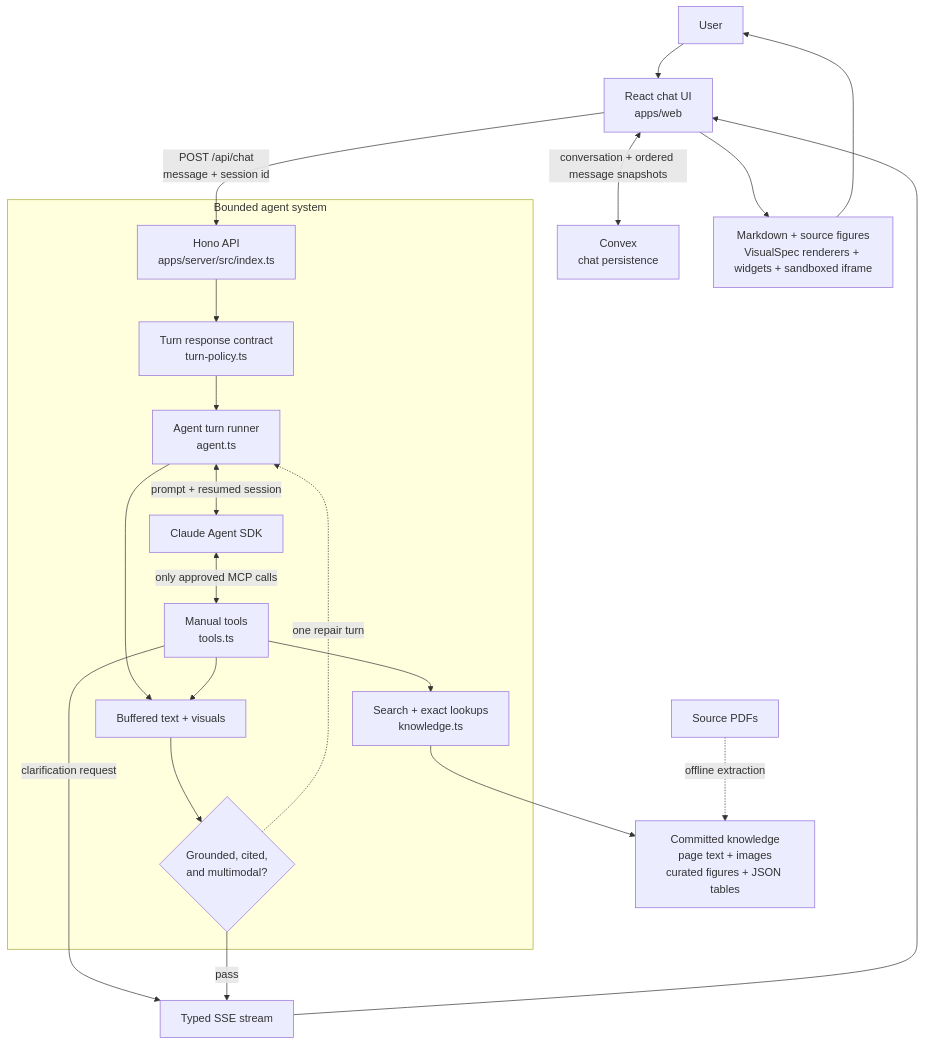
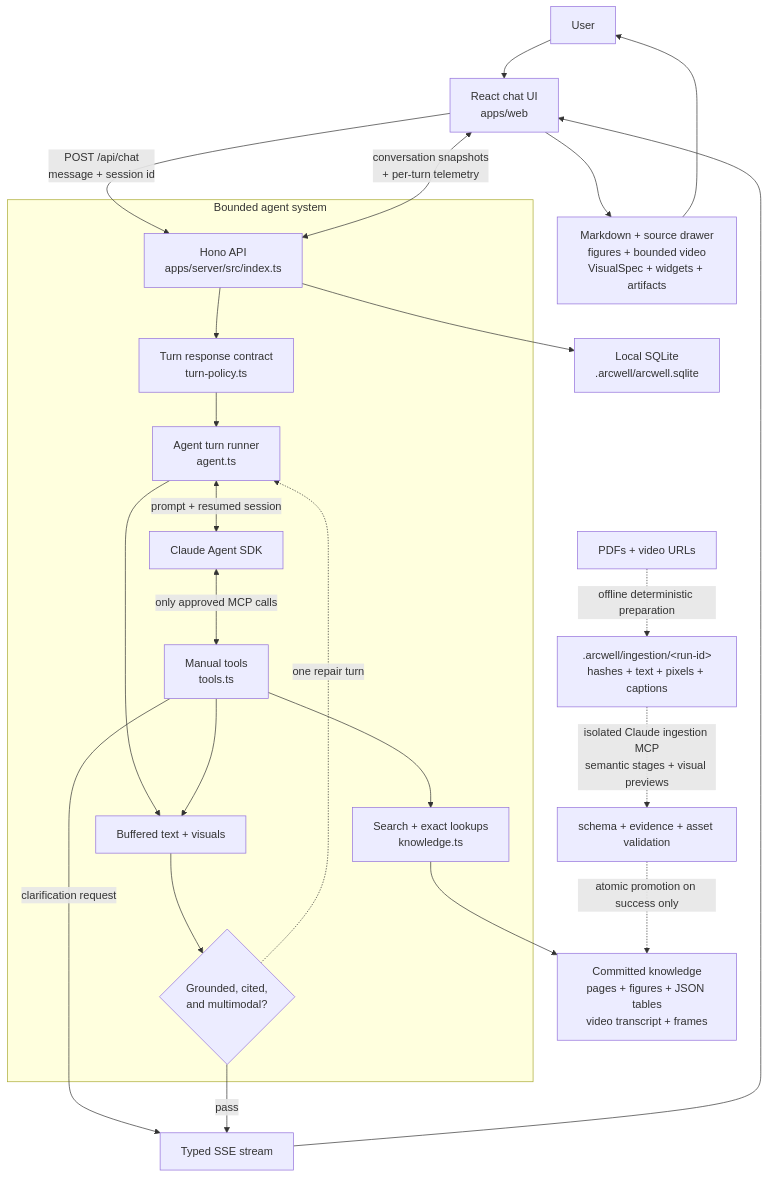
Before and after one commit to tom-byrn/prox-challenge: the diagram in README.md, drawn with Mermaid. The commit also changed other lines of this file and 91 other files, not shown here.

````diff
--- a/README.md
+++ b/README.md
@@ -46,27 +46,30 @@
 ```mermaid
 flowchart TB
     user[User] --> web["React chat UI<br/>apps/web"]
     web -->|"POST /api/chat<br/>message + session id"| api["Hono API<br/>apps/server/src/index.ts"]
 
     subgraph agent[Bounded agent system]
         api --> policy["Turn response contract<br/>turn-policy.ts"]
         policy --> runner["Agent turn runner<br/>agent.ts"]
         runner <-->|prompt + resumed session| claude[Claude Agent SDK]
         claude <-->|only approved MCP calls| tools["Manual tools<br/>tools.ts"]
         tools --> access["Search + exact lookups<br/>knowledge.ts"]
         runner --> buffer["Buffered text + visuals"]
         tools --> buffer
         buffer --> validator{"Grounded, cited,<br/>and multimodal?"}
         validator -. "one repair turn" .-> runner
     end
 
-    access --> knowledge["Committed knowledge<br/>page text + images<br/>curated figures + JSON tables"]
+    access --> knowledge["Committed knowledge<br/>pages + figures + JSON tables<br/>video transcript + frames"]
     tools -->|clarification request| stream[Typed SSE stream]
     validator -->|pass| stream
     stream --> web
-    web <-->|"conversation + ordered message snapshots"| convex["Convex<br/>chat persistence"]
-    web --> render["Markdown + source figures<br/>VisualSpec renderers + widgets + sandboxed iframe"]
+    web <-->|"conversation snapshots<br/>+ per-turn telemetry"| api
+    api --> sqlite["Local SQLite<br/>.arcwell/arcwell.sqlite"]
+    web --> render["Markdown + source drawer<br/>figures + bounded video<br/>VisualSpec + widgets + artifacts"]
     render --> user
 
-    pdfs[Source PDFs] -. "offline extraction" .-> knowledge
+    sources["PDFs + video URLs"] -. "offline deterministic preparation" .-> staging[".arcwell/ingestion/&lt;run-id&gt;<br/>hashes + text + pixels + captions"]
+    staging -. "isolated Claude ingestion MCP<br/>semantic stages + visual previews" .-> validation["schema + evidence + asset validation"]
+    validation -. "atomic promotion on success only" .-> knowledge
 ```
````
